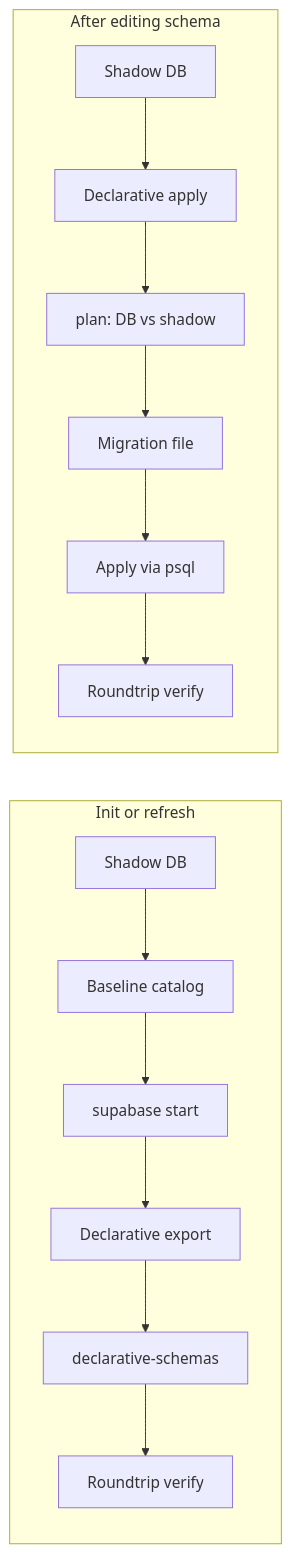
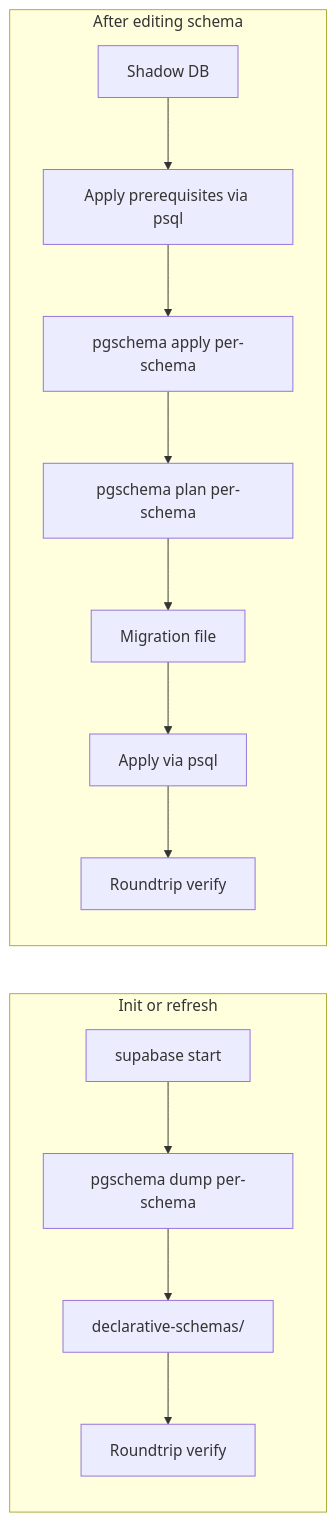
Before and after one commit to supabase/dbdev: the diagram in docs/declarative-schema.md, drawn with Mermaid. The commit also changed other lines of this file and 4 other files, not shown here.

Commit message:
wip: use pgschema

````diff
--- a/docs/declarative-schema.md
+++ b/docs/declarative-schema.md
@@ -26,17 +26,16 @@
 ```mermaid
 flowchart LR
   subgraph init [Init or refresh]
-    A1[Shadow DB] --> A2[Baseline catalog]
-    A2 --> A3[supabase start]
-    A3 --> A4[Declarative export]
-    A4 --> A5[declarative-schemas]
-    A5 --> A6[Roundtrip verify]
+    A1[supabase start] --> A2[pgschema dump per-schema]
+    A2 --> A3[declarative-schemas/]
+    A3 --> A4[Roundtrip verify]
   end
   subgraph update [After editing schema]
-    B1[Shadow DB] --> B2[Declarative apply]
-    B2 --> B3[plan: DB vs shadow]
-    B3 --> B4[Migration file]
-    B4 --> B5[Apply via psql]
-    B5 --> B6[Roundtrip verify]
+    B1[Shadow DB] --> B2[Apply prerequisites via psql]
+    B2 --> B3[pgschema apply per-schema]
+    B3 --> B4[pgschema plan per-schema]
+    B4 --> B5[Migration file]
+    B5 --> B6[Apply via psql]
+    B6 --> B7[Roundtrip verify]
   end
 ```
````
